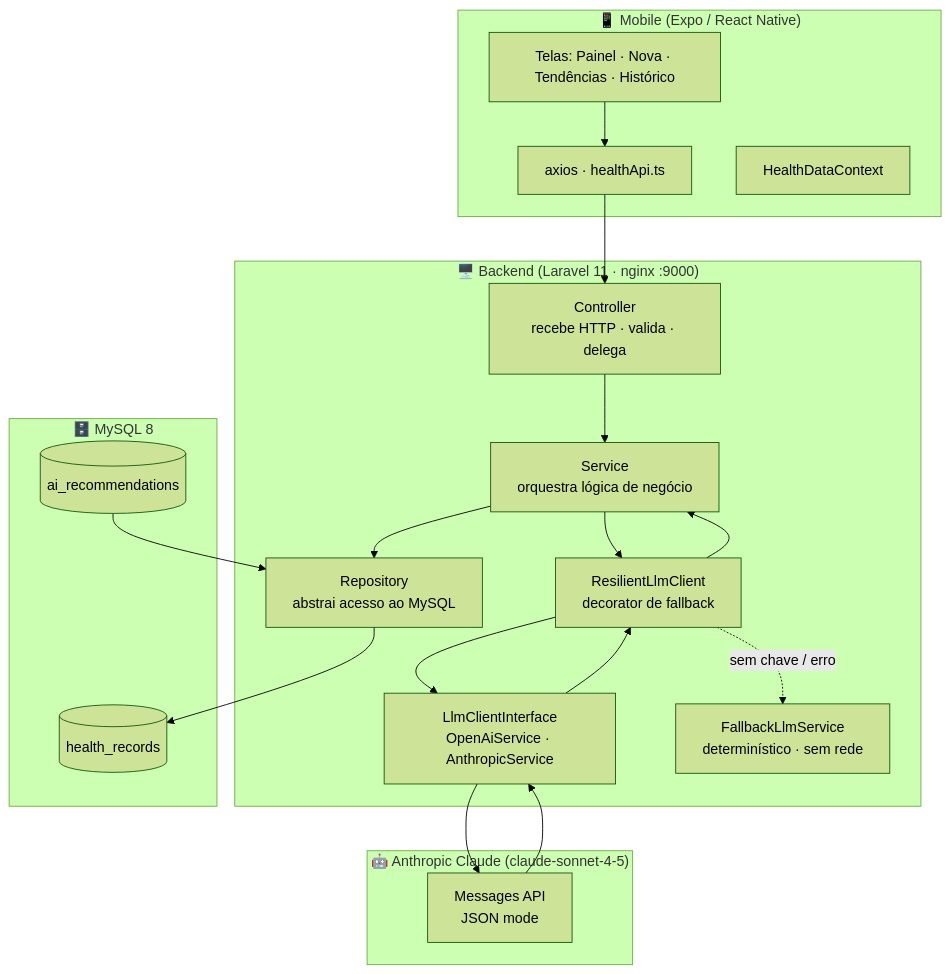
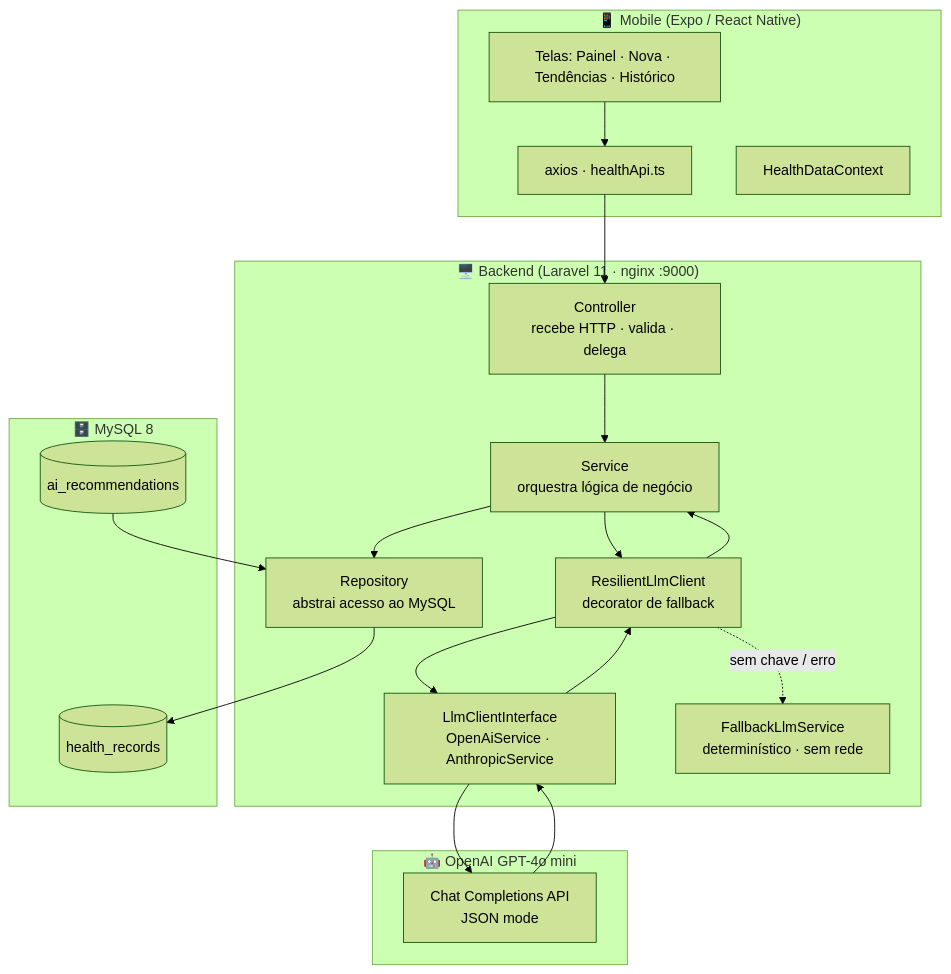
One commit to cesarfauth/health-dashboard-mvp changed the diagram in README.md. Above: the diagram before and after it, drawn with Mermaid (forest theme). The commit also changed other lines of this file and 2 other files, not shown here.

First line of the commit message:
refactor(llm): revert to OpenAI as default; document Anthropic unavailability

````diff
--- a/README.md
+++ b/README.md
@@ -96,35 +96,35 @@
 ```mermaid
 graph TD
     subgraph Mobile ["📱 Mobile (Expo / React Native)"]
         UI[Telas: Painel · Nova · Tendências · Histórico]
         AX[axios · healthApi.ts]
         CTX[HealthDataContext]
     end
 
     subgraph Backend ["🖥️ Backend (Laravel 11 · nginx :9000)"]
         CTRL[Controller\nrecebe HTTP · valida · delega]
         SVC[Service\norquestra lógica de negócio]
         REPO[Repository\nabstrai acesso ao MySQL]
         LLM[LlmClientInterface\nOpenAiService · AnthropicService]
         FALL[FallbackLlmService\ndeterminístico · sem rede]
         RES[ResilientLlmClient\ndecorator de fallback]
     end
 
     subgraph DB ["🗄️ MySQL 8"]
         HR[(health_records)]
         AR[(ai_recommendations)]
     end
 
-    subgraph AI ["🤖 Anthropic Claude (claude-sonnet-4-5)"]
-        CHAT[Messages API\nJSON mode]
+    subgraph AI ["🤖 OpenAI GPT-4o mini"]
+        CHAT[Chat Completions API\nJSON mode]
     end
 
     UI --> AX --> CTRL
     CTRL --> SVC
     SVC --> REPO --> HR
     SVC --> RES
     RES --> LLM --> CHAT
     CHAT --> LLM --> RES --> SVC
     RES -.->|"sem chave / erro"| FALL
     AR --> REPO
 ```
````
